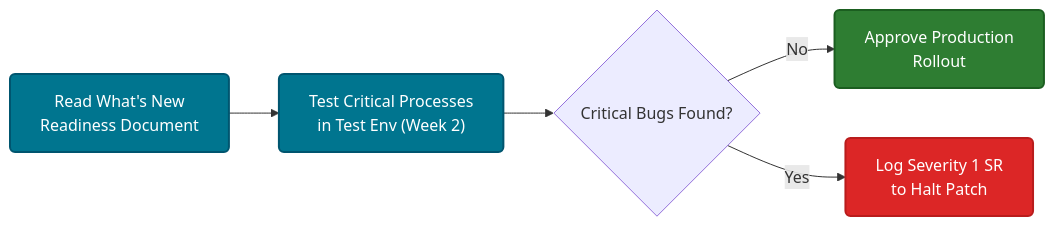
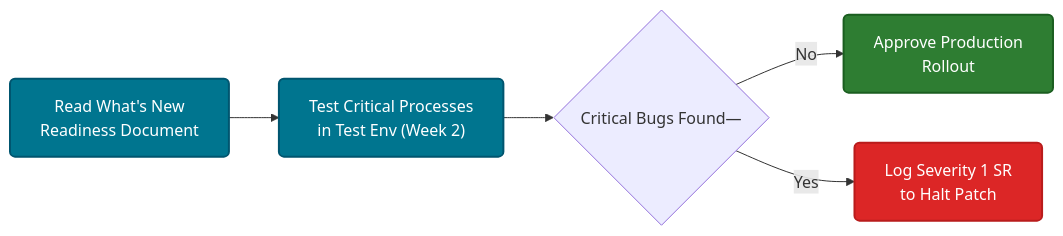
Before and after one commit to Bhargav-khetiya/Oracle-EPM: the diagram in Oracle_EPM_Source_Archive/01_Foundation_and_Overview/01.15_CoE_and_Governance_Deep_Reference.md, drawn with Mermaid. The commit also changed other lines of this file and 1308 other files, not shown here.

````diff
--- a/Oracle_EPM_Source_Archive/01_Foundation_and_Overview/01.15_CoE_and_Governance_Deep_Reference.md
+++ b/Oracle_EPM_Source_Archive/01_Foundation_and_Overview/01.15_CoE_and_Governance_Deep_Reference.md
@@ -45,11 +45,11 @@
 ```mermaid
 flowchart LR
     classDef action fill:#00758f,stroke:#00556f,stroke-width:2px,color:#fff,rx:5px,ry:5px;
     classDef critical fill:#dc2626,stroke:#b91c1c,stroke-width:2px,color:#fff,rx:5px,ry:5px;
     classDef success fill:#2e7d32,stroke:#1b5e20,stroke-width:2px,color:#fff,rx:5px,ry:5px;
 
     A["Read What's New<br/>Readiness Document"]:::action --> B["Test Critical Processes<br/>in Test Env (Week 2)"]:::action
-    B --> C{Critical Bugs Found?}
+    B --> C{Critical Bugs Found—}
     C -->|No| D["Approve Production<br/>Rollout"]:::success
     C -->|Yes| E["Log Severity 1 SR<br/>to Halt Patch"]:::critical
 ```
````
